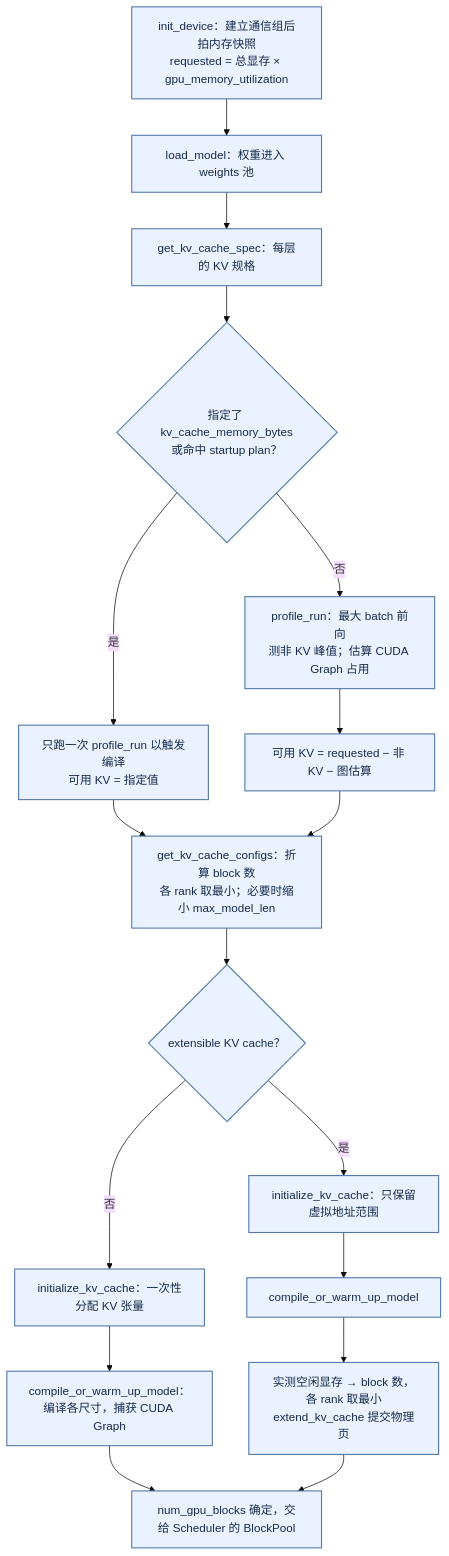
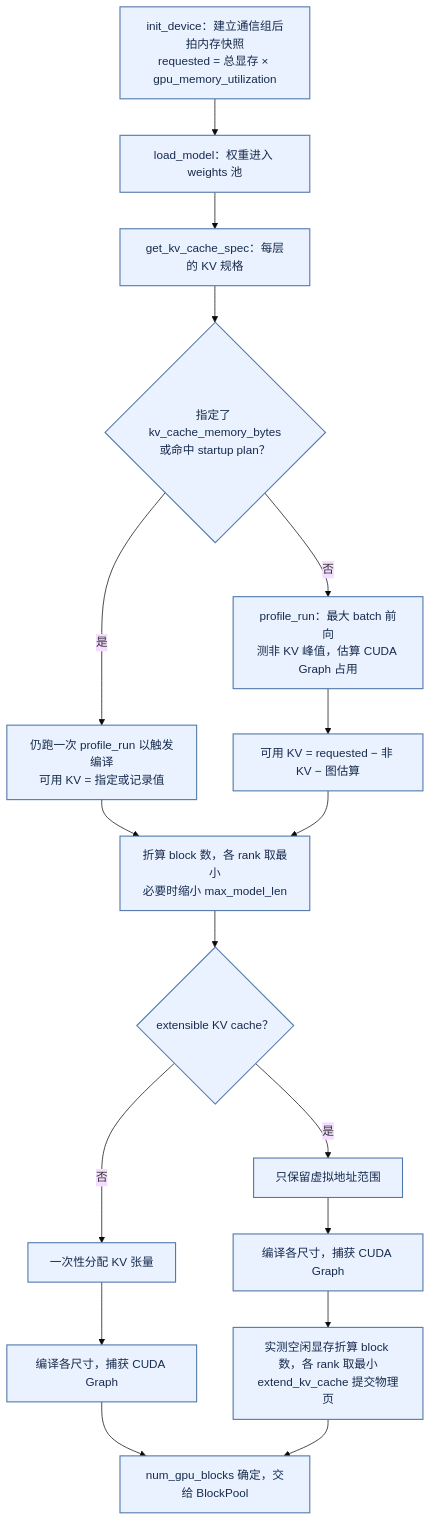
Before and after one commit to wxquare/wxquare.github.io: the eighth of 18 diagrams in books/ai-book/src/part2/03-inference.md, drawn with Mermaid (base theme). The commit also changed other lines of this file and 4 other files, not shown here.

````diff
--- a/books/ai-book/src/part2/03-inference.md
+++ b/books/ai-book/src/part2/03-inference.md
@@ -1092,20 +449,20 @@
 ```mermaid
 flowchart TD
     A["init_device：建立通信组后拍内存快照<br/>requested = 总显存 × gpu_memory_utilization"] --> B["load_model：权重进入 weights 池"]
     B --> C["get_kv_cache_spec：每层的 KV 规格"]
     C --> D{"指定了 kv_cache_memory_bytes<br/>或命中 startup plan？"}
-    D -- 是 --> E["只跑一次 profile_run 以触发编译<br/>可用 KV = 指定值"]
-    D -- 否 --> F["profile_run：最大 batch 前向<br/>测非 KV 峰值；估算 CUDA Graph 占用"]
+    D -- 是 --> E["仍跑一次 profile_run 以触发编译<br/>可用 KV = 指定或记录值"]
+    D -- 否 --> F["profile_run：最大 batch 前向<br/>测非 KV 峰值，估算 CUDA Graph 占用"]
     F --> G["可用 KV = requested − 非 KV − 图估算"]
-    E --> H["get_kv_cache_configs：折算 block 数<br/>各 rank 取最小；必要时缩小 max_model_len"]
+    E --> H["折算 block 数，各 rank 取最小<br/>必要时缩小 max_model_len"]
     G --> H
     H --> I{"extensible KV cache？"}
-    I -- 否 --> J["initialize_kv_cache：一次性分配 KV 张量"]
-    I -- 是 --> K["initialize_kv_cache：只保留虚拟地址范围"]
-    J --> L["compile_or_warm_up_model：编译各尺寸，捕获 CUDA Graph"]
-    K --> M["compile_or_warm_up_model"]
-    M --> N["实测空闲显存 → block 数，各 rank 取最小<br/>extend_kv_cache 提交物理页"]
-    L --> O["num_gpu_blocks 确定，交给 Scheduler 的 BlockPool"]
+    I -- 否 --> J["一次性分配 KV 张量"]
+    I -- 是 --> K["只保留虚拟地址范围"]
+    J --> L["编译各尺寸，捕获 CUDA Graph"]
+    K --> M["编译各尺寸，捕获 CUDA Graph"]
+    M --> N["实测空闲显存折算 block 数，各 rank 取最小<br/>extend_kv_cache 提交物理页"]
+    L --> O["num_gpu_blocks 确定，交给 BlockPool"]
     N --> O
     classDef default fill:#eaf2ff,stroke:#5279aa,stroke-width:1.5px,color:#172b4d;
 ```
````
